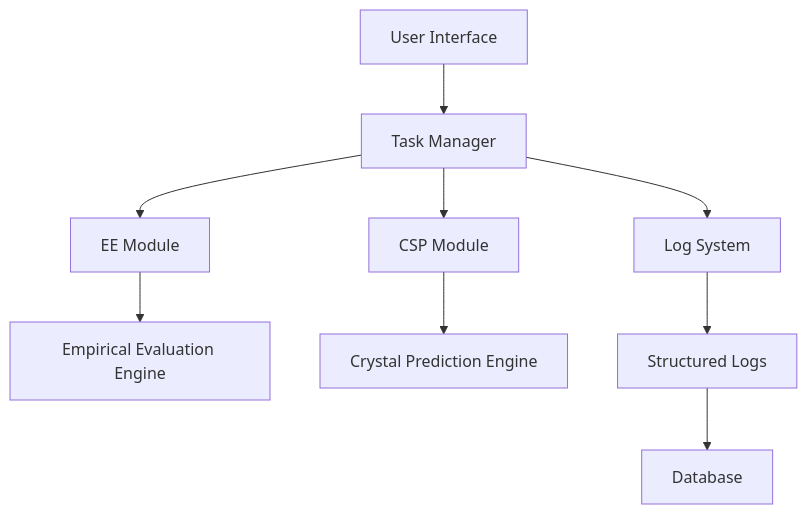
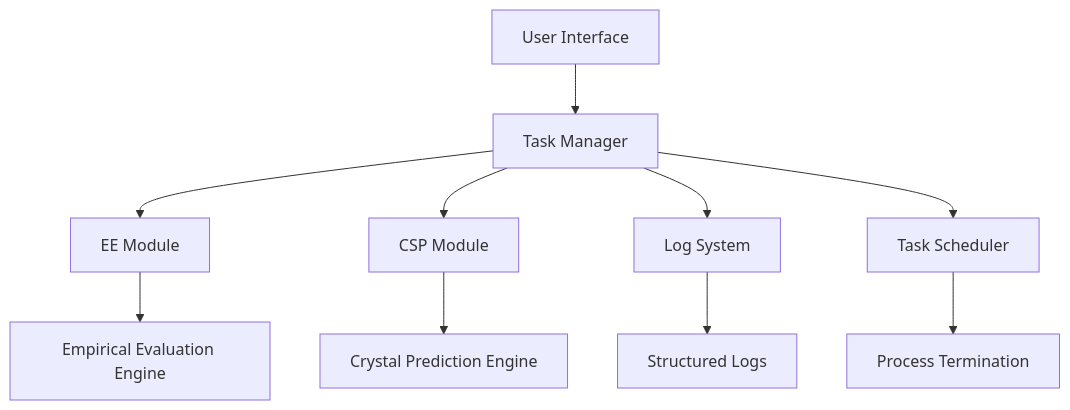
One commit to Bagabaga007/ion_CSP changed the second of 2 diagrams in README.md. Above: the diagram before and after it, drawn with Mermaid. The commit also changed other lines of this file and 14 other files, not shown here.

Commit message:
After machine learning potential optimization and structure filtering, CSV files were added to summarize the sequence number, density, and energy of the filtered structures, making it easier to visualize the interface.

````diff
--- a/README.md
+++ b/README.md
@@ -219,11 +182,12 @@
 ```mermaid
 graph TD
     A[User Interface] --> B[Task Manager]
     B --> C[EE Module]
     B --> D[CSP Module]
     B --> E[Log System]
-    C --> F[Empirical Evaluation Engine]
-    D --> G[Crystal Prediction Engine]
-    E --> H[Structured Logs]
-    H --> I[Database]
+    B --> F[Task Scheduler]
+    C --> G[Empirical Evaluation Engine]
+    D --> H[Crystal Prediction Engine]
+    E --> I[Structured Logs]
+    F --> J[Process Termination]
 ```
````
